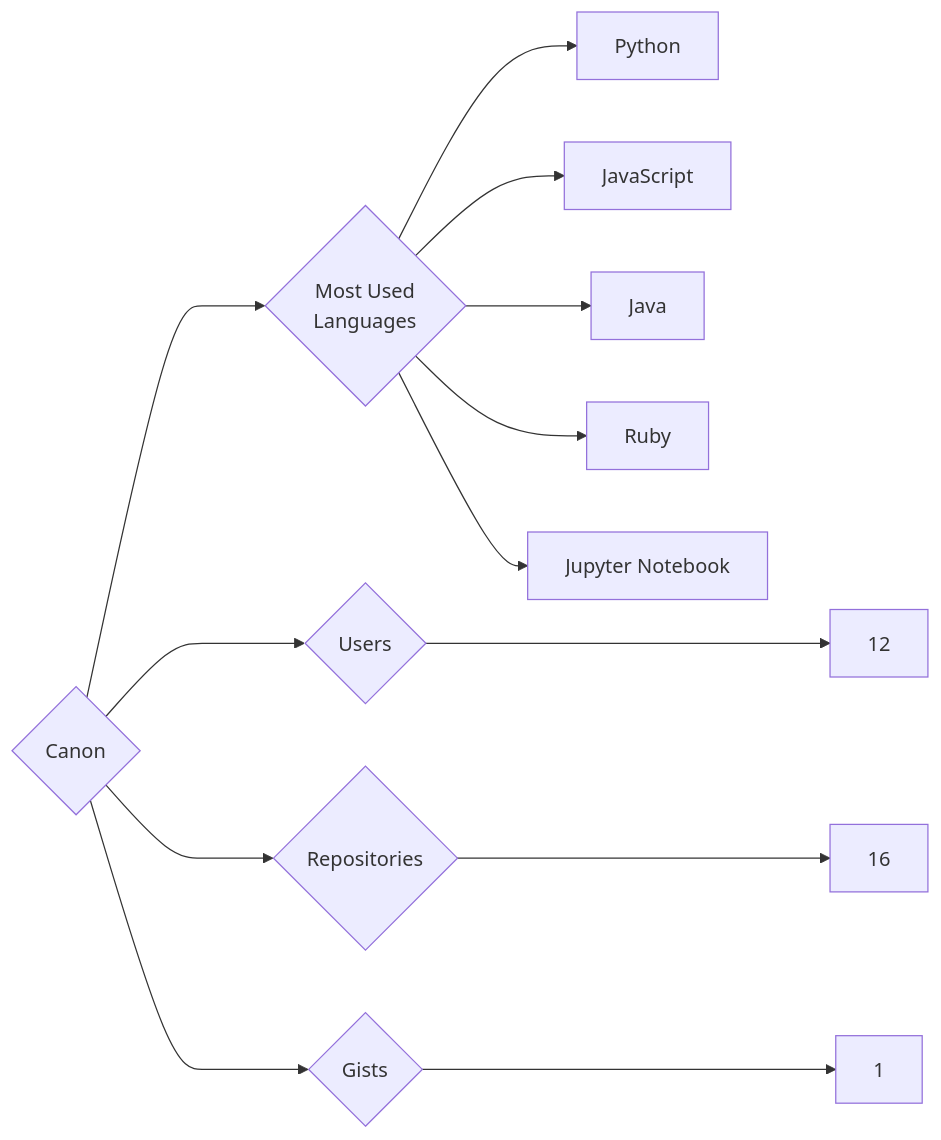
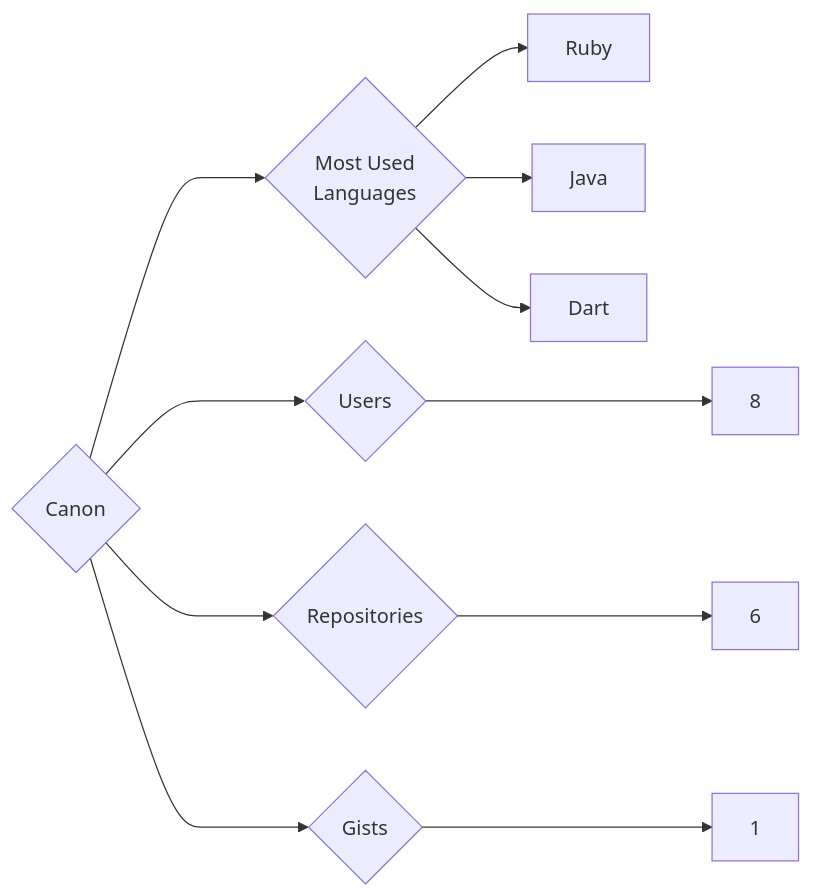
One commit to trickest/insiders changed the diagram in targets/Canon/README.md. Above: the diagram before and after it, drawn with Mermaid. The commit also changed 823 other files, not shown here.

````diff
--- a/targets/Canon/README.md
+++ b/targets/Canon/README.md
@@ -3,13 +3,11 @@
 ```mermaid
 graph LR
 COMPANY_NAME{Canon}
-COMPANY_NAME ---> U{Users} ---> UN[12]
-COMPANY_NAME ---> R{Repositories} ---> RN[16]
+COMPANY_NAME ---> U{Users} ---> UN[8]
+COMPANY_NAME ---> R{Repositories} ---> RN[6]
 COMPANY_NAME ---> G{Gists} ---> GN[1]
 COMPANY_NAME ---> ML{Most Used<br>Languages}
-ML --> Python[Python]
-ML --> JavaScript[JavaScript]
+ML --> Ruby[Ruby]
 ML --> Java[Java]
-ML --> Ruby[Ruby]
-ML --> Jupyter_Notebook[Jupyter Notebook]
+ML --> Dart[Dart]
 ```
````
